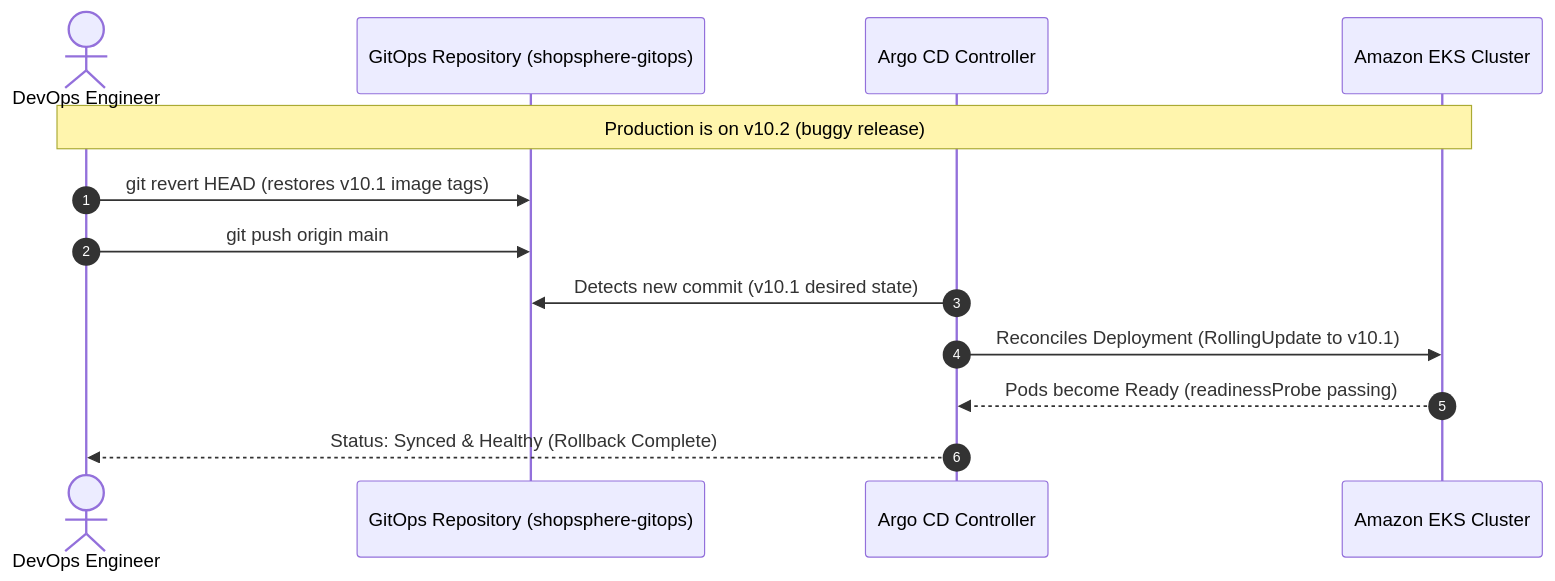
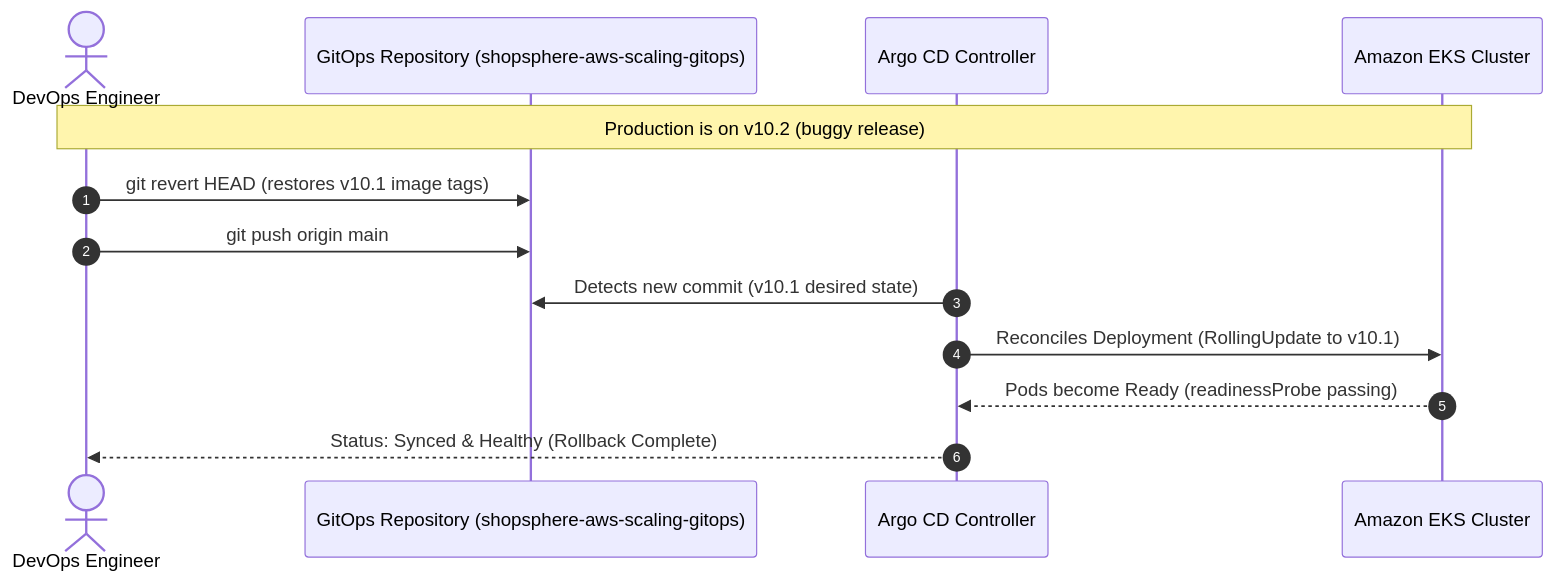
The diagram in stage-10/docs/ROLLBACK_PROCEDURE.md (vinodk11/shopsphere-aws-scaling), drawn with Mermaid before and after one commit. The commit also changed other lines of this file and 9 other files, not shown here.

Commit message:
chore(stage-10): update gitops repo name to shopsphere-aws-scaling-gitops

````diff
--- a/stage-10/docs/ROLLBACK_PROCEDURE.md
+++ b/stage-10/docs/ROLLBACK_PROCEDURE.md
@@ -9,16 +9,16 @@
 ```mermaid
 sequenceDiagram
     autonumber
     actor Engineer as DevOps Engineer
-    participant GitOps as GitOps Repository (shopsphere-gitops)
+    participant GitOps as GitOps Repository (shopsphere-aws-scaling-gitops)
     participant Argo as Argo CD Controller
     participant EKS as Amazon EKS Cluster
 
     Note over Engineer,EKS: Production is on v10.2 (buggy release)
     Engineer->>GitOps: git revert HEAD (restores v10.1 image tags)
     Engineer->>GitOps: git push origin main
     Argo->>GitOps: Detects new commit (v10.1 desired state)
     Argo->>EKS: Reconciles Deployment (RollingUpdate to v10.1)
     EKS-->>Argo: Pods become Ready (readinessProbe passing)
     Argo-->>Engineer: Status: Synced & Healthy (Rollback Complete)
 ```
````
